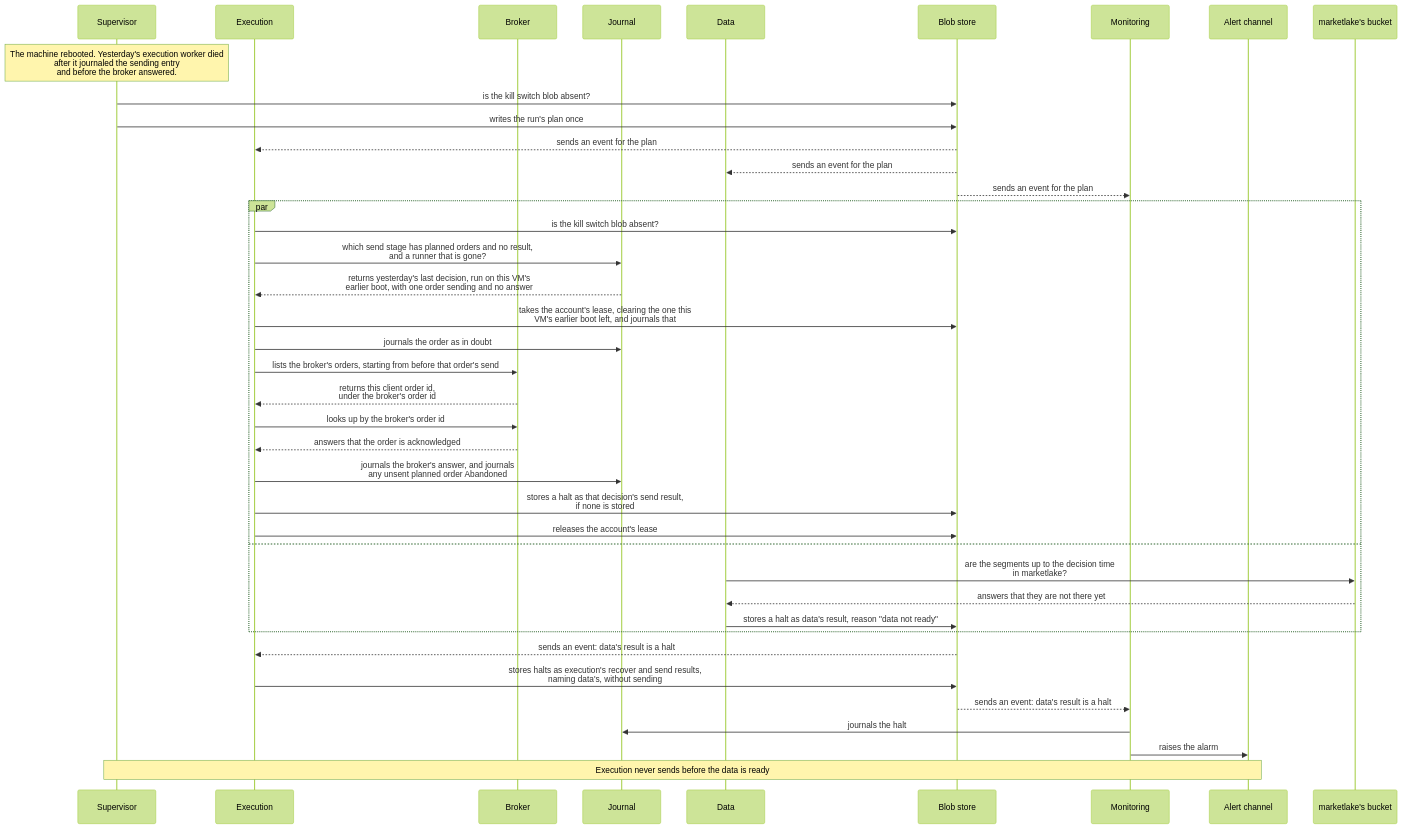
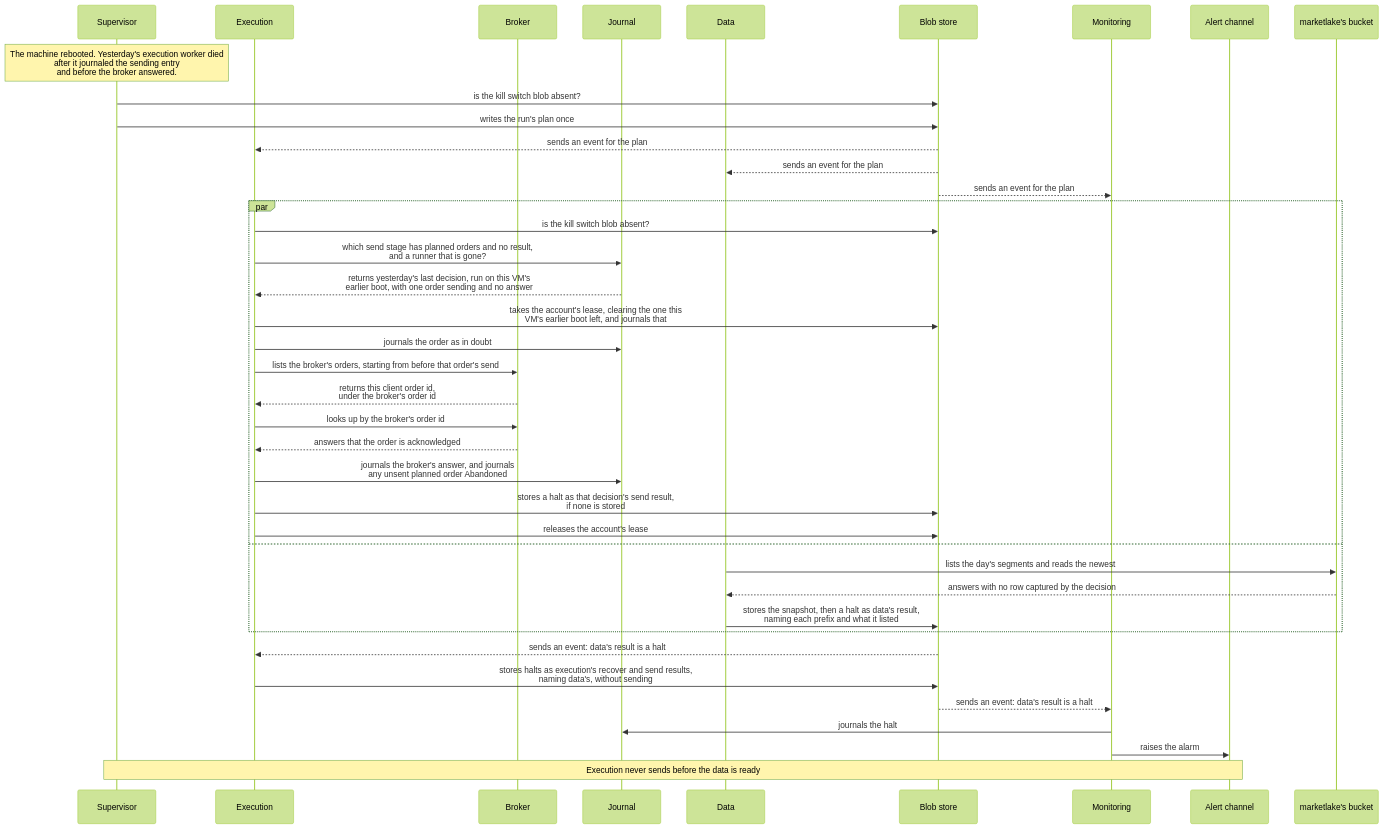
One commit to l3a0/ithildin-runtime changed diagram 12 of 18 in docs/architecture/06-runtime.md. Above: the diagram before and after it, drawn with Mermaid (forest theme). The commit also changed other lines of this file and 60 other files, not shown here.

First line of the commit message:
feat(data): read the day's quotes before marketlake seals it

````diff
--- a/docs/architecture/06-runtime.md
+++ b/docs/architecture/06-runtime.md
@@ -749,43 +750,43 @@
 ```mermaid
 sequenceDiagram
     participant V as Supervisor
     participant X as Execution
     participant B as Broker
     participant J as Journal
     participant D as Data
     participant F as Blob store
     participant M as Monitoring
     participant L as Alert channel
     participant ML as marketlake's bucket
 
     Note over V: The machine rebooted. Yesterday's execution worker died<br/>after it journaled the sending entry<br/>and before the broker answered.
     V->>F: is the kill switch blob absent?
     V->>F: writes the run's plan once
     F-->>X: sends an event for the plan
     F-->>D: sends an event for the plan
     F-->>M: sends an event for the plan
     par
         X->>F: is the kill switch blob absent?
         X->>J: which send stage has planned orders and no result,<br/>and a runner that is gone?
         J-->>X: returns yesterday's last decision, run on this VM's<br/>earlier boot, with one order sending and no answer
         X->>F: takes the account's lease, clearing the one this<br/>VM's earlier boot left, and journals that
         X->>J: journals the order as in doubt
         X->>B: lists the broker's orders, starting from before that order's send
         B-->>X: returns this client order id,<br/>under the broker's order id
         X->>B: looks up by the broker's order id
         B-->>X: answers that the order is acknowledged
         X->>J: journals the broker's answer, and journals<br/>any unsent planned order Abandoned
         X->>F: stores a halt as that decision's send result,<br/>if none is stored
         X->>F: releases the account's lease
     and
-        D->>ML: are the segments up to the decision time<br/>in marketlake?
-        ML-->>D: answers that they are not there yet
-        D->>F: stores a halt as data's result, reason "data not ready"
+        D->>ML: lists the day's segments and reads the newest
+        ML-->>D: answers with no row captured by the decision
+        D->>F: stores the snapshot, then a halt as data's result,<br/>naming each prefix and what it listed
     end
     F-->>X: sends an event: data's result is a halt
     X->>F: stores halts as execution's recover and send results,<br/>naming data's, without sending
     F-->>M: sends an event: data's result is a halt
     M->>J: journals the halt
     M->>L: raises the alarm
     Note over V,L: Execution never sends before the data is ready
 ```
````
